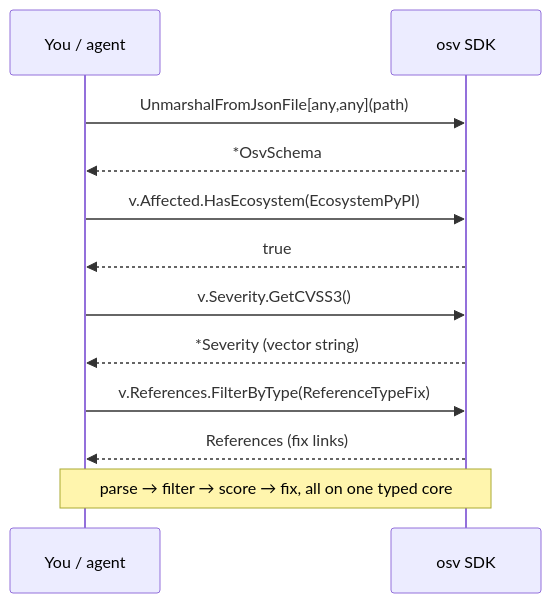
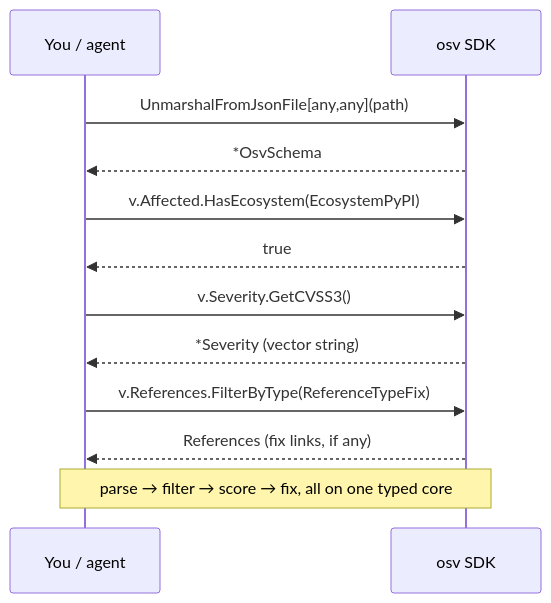
The seventh of 8 diagrams in website/reference/methods.md (scagogogo/osv-schema-skills), drawn with Mermaid before and after one commit. The commit also changed other lines of this file and 1 other file, not shown here.

Commit message:
docs(website): fix misleading method-chain diagram in methods.md (EN+ZH)
The sequenceDiagram "A real query, method by method" claimed
FilterByType(ReferenceTypeFix) returns "References (fix links)" — implying
the GHSA-vxv8-r8q2-63xw sample carries FIX references. It does not: that
record's references are WEB/ADVISORY/PACKAGE, so the call returns an empty
slice. Reword to honest "fix links, if any" + a parenthetical noting the
sample has no FIX entries, so the figure stops misrepresenting the sample
it cites.

````diff
--- a/website/reference/methods.md
+++ b/website/reference/methods.md
@@ -203,14 +203,14 @@
 ```mermaid
 sequenceDiagram
   participant You as You / agent
   participant SDK as osv SDK
   You->>SDK: UnmarshalFromJsonFile[any,any](path)
   SDK-->>You: *OsvSchema
   You->>SDK: v.Affected.HasEcosystem(EcosystemPyPI)
   SDK-->>You: true
   You->>SDK: v.Severity.GetCVSS3()
   SDK-->>You: *Severity (vector string)
   You->>SDK: v.References.FilterByType(ReferenceTypeFix)
-  SDK-->>You: References (fix links)
+  SDK-->>You: References (fix links, if any)
   Note over You,SDK: parse → filter → score → fix, all on one typed core
 ```
````
